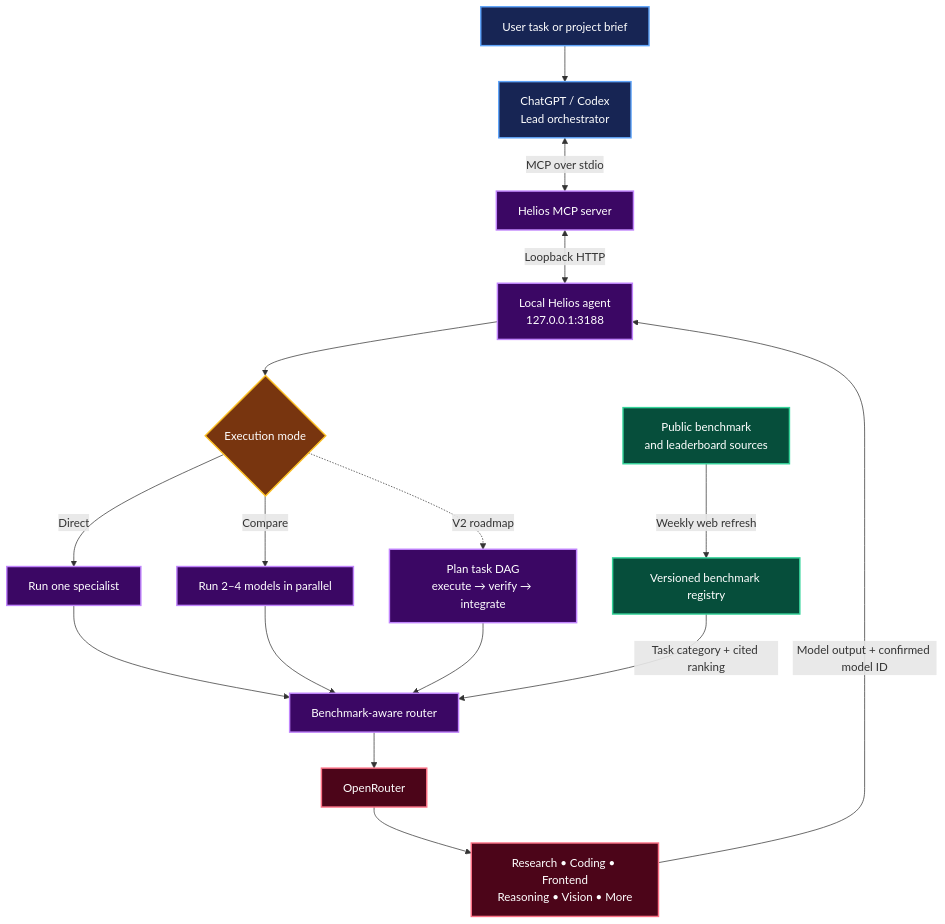
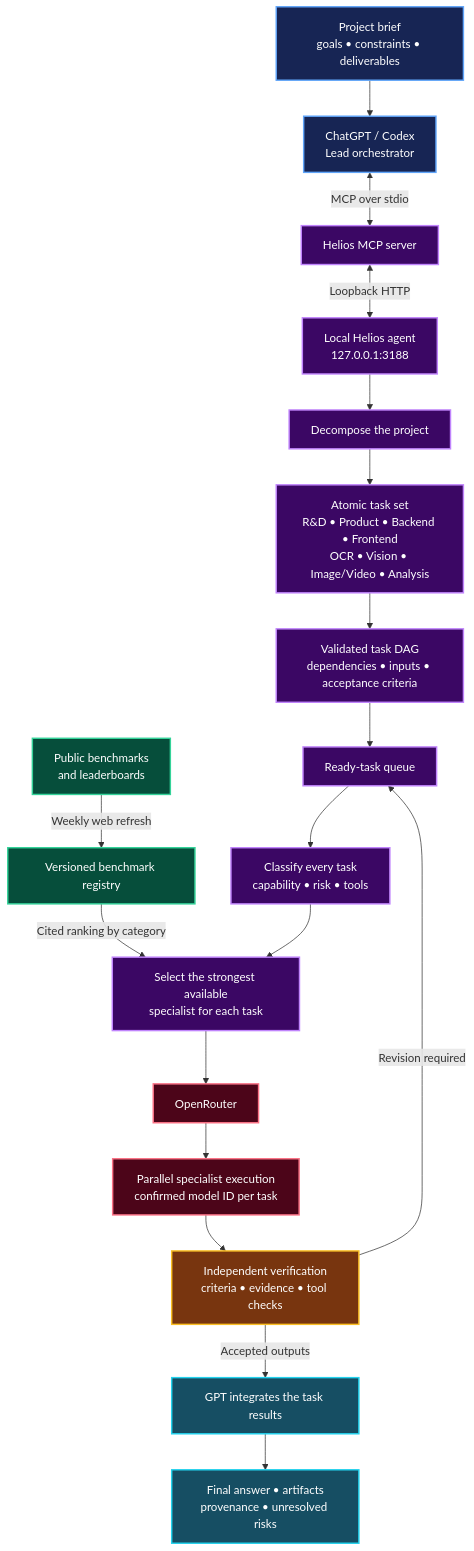
The diagram in README.md (Erfouni/helios-llm-orchestrator), drawn with Mermaid before and after one commit. The commit also changed other lines of this file, not shown here.

Commit message:
Show project decomposition in README workflow

````diff
--- a/README.md
+++ b/README.md
@@ -27,34 +29,37 @@
 ```mermaid
 flowchart TB
-    U["User task or project brief"] --> O["ChatGPT / Codex<br/>Lead orchestrator"]
+    U["Project brief<br/>goals • constraints • deliverables"] --> O["ChatGPT / Codex<br/>Lead orchestrator"]
     O <-->|"MCP over stdio"| M["Helios MCP server"]
     M <-->|"Loopback HTTP"| A["Local Helios agent<br/>127.0.0.1:3188"]
 
-    A --> X{"Execution mode"}
-    X -->|"Direct"| D["Run one specialist"]
-    X -->|"Compare"| C["Run 2–4 models in parallel"]
-    X -.->|"V2 roadmap"| P["Plan task DAG<br/>execute → verify → integrate"]
+    A --> P["Decompose the project"]
+    P --> T["Atomic task set<br/>R&D • Product • Backend • Frontend<br/>OCR • Vision • Image/Video • Analysis"]
+    T --> D["Validated task DAG<br/>dependencies • inputs • acceptance criteria"]
+    D --> Q["Ready-task queue"]
+    Q --> C["Classify every task<br/>capability • risk • tools"]
 
-    D --> R["Benchmark-aware router"]
+    W["Public benchmarks<br/>and leaderboards"] -->|"Weekly web refresh"| B["Versioned benchmark registry"]
+    B -->|"Cited ranking by category"| R["Select the strongest available<br/>specialist for each task"]
     C --> R
-    P --> R
-
-    W["Public benchmark<br/>and leaderboard sources"] -->|"Weekly web refresh"| B["Versioned benchmark registry"]
-    B -->|"Task category + cited ranking"| R
 
     R --> G["OpenRouter"]
-    G --> T["Research • Coding • Frontend<br/>Reasoning • Vision • More"]
-    T -->|"Model output + confirmed model ID"| A
+    G --> E["Parallel specialist execution<br/>confirmed model ID per task"]
+    E --> V["Independent verification<br/>criteria • evidence • tool checks"]
+    V -->|"Revision required"| Q
+    V -->|"Accepted outputs"| I["GPT integrates the task results"]
+    I --> F["Final answer • artifacts<br/>provenance • unresolved risks"]
 
     classDef client fill:#172554,stroke:#60a5fa,color:#ffffff,stroke-width:2px;
-    classDef helios fill:#3b0764,stroke:#c084fc,color:#ffffff,stroke-width:2px;
-    classDef decision fill:#78350f,stroke:#fbbf24,color:#ffffff,stroke-width:2px;
+    classDef planning fill:#3b0764,stroke:#c084fc,color:#ffffff,stroke-width:2px;
     classDef evidence fill:#064e3b,stroke:#34d399,color:#ffffff,stroke-width:2px;
-    classDef provider fill:#4c0519,stroke:#fb7185,color:#ffffff,stroke-width:2px;
+    classDef execution fill:#4c0519,stroke:#fb7185,color:#ffffff,stroke-width:2px;
+    classDef review fill:#78350f,stroke:#fbbf24,color:#ffffff,stroke-width:2px;
+    classDef result fill:#164e63,stroke:#22d3ee,color:#ffffff,stroke-width:2px;
 
     class U,O client;
-    class M,A,D,C,P,R helios;
-    class X decision;
+    class M,A,P,T,D,Q,C,R planning;
     class W,B evidence;
-    class G,T provider;
+    class G,E execution;
+    class V review;
+    class I,F result;
 ```
````
